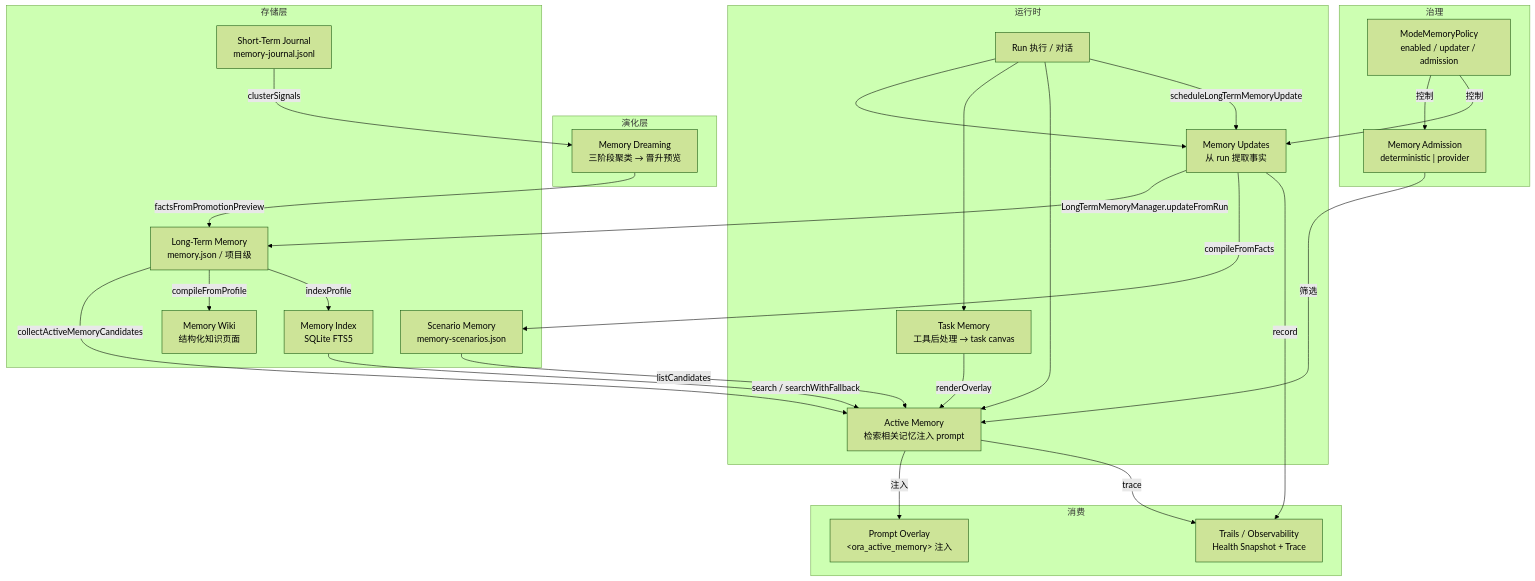
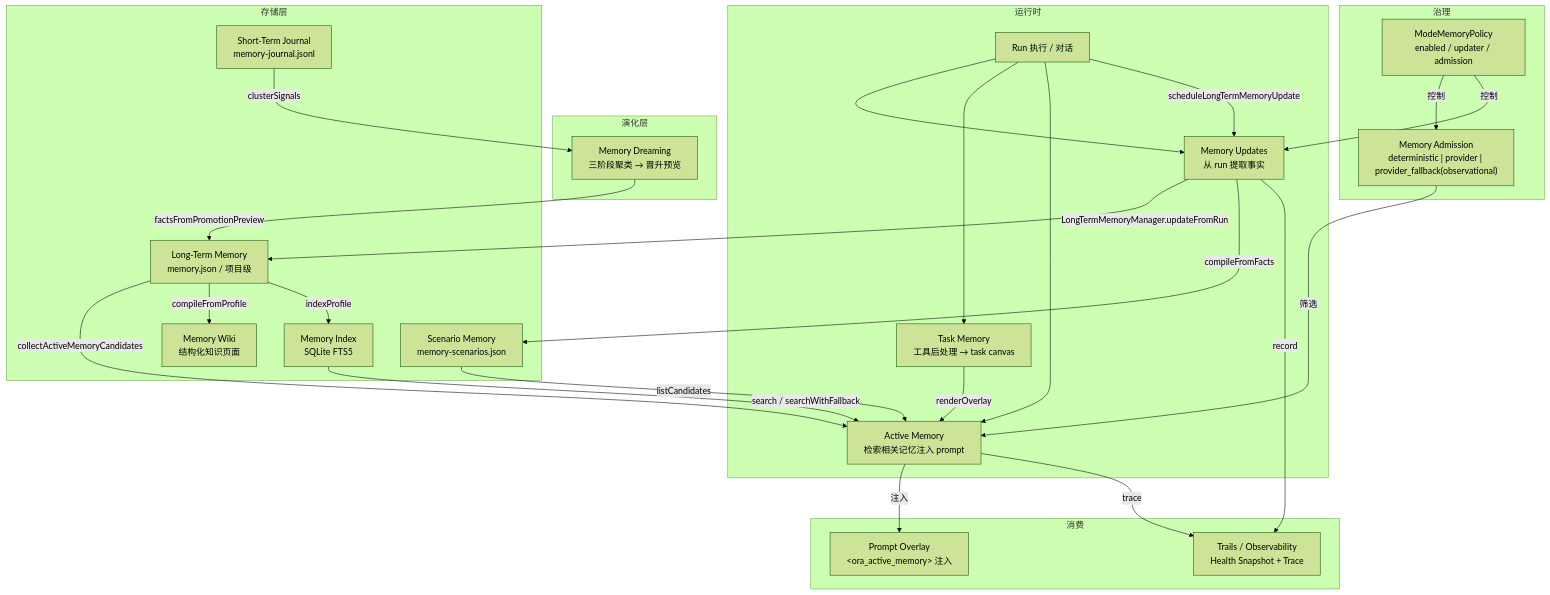
Before and after one commit to cemeworm/Ora: the diagram in docs/ora-memory-system.md, drawn with Mermaid (forest theme). The commit also changed other lines of this file and 29 other files, not shown here.

````diff
--- a/docs/ora-memory-system.md
+++ b/docs/ora-memory-system.md
@@ -45,48 +45,48 @@
 ```mermaid
 flowchart TD
     subgraph 运行时
         RUN["Run 执行 / 对话"] --> UPDATE["Memory Updates<br/>从 run 提取事实"]
         RUN --> TASK["Task Memory<br/>工具后处理 → task canvas"]
         RUN --> ACTIVE["Active Memory<br/>检索相关记忆注入 prompt"]
     end
 
     subgraph 存储层
         LTM["Long-Term Memory<br/>memory.json / 项目级"]
         JOURNAL["Short-Term Journal<br/>memory-journal.jsonl"]
         SCENARIO["Scenario Memory<br/>memory-scenarios.json"]
         INDEX["Memory Index<br/>SQLite FTS5"]
         WIKI["Memory Wiki<br/>结构化知识页面"]
     end
 
     subgraph 演化层
         DREAM["Memory Dreaming<br/>三阶段聚类 → 晋升预览"]
     end
 
     subgraph 治理
         POLICY["ModeMemoryPolicy<br/>enabled / updater / admission"]
-        ADMISSION["Memory Admission<br/>deterministic | provider"]
+        ADMISSION["Memory Admission<br/>deterministic | provider | provider_fallback(observational)"]
     end
 
     subgraph 消费
         PROMPT["Prompt Overlay<br/>&lt;ora_active_memory&gt; 注入"]
         TRAILS["Trails / Observability<br/>Health Snapshot + Trace"]
     end
 
     RUN -->|"scheduleLongTermMemoryUpdate"| UPDATE
     UPDATE -->|"LongTermMemoryManager.updateFromRun"| LTM
     UPDATE -->|"compileFromFacts"| SCENARIO
     LTM -->|"collectActiveMemoryCandidates"| ACTIVE
     SCENARIO -->|"listCandidates"| ACTIVE
     TASK -->|"renderOverlay"| ACTIVE
     JOURNAL -->|"clusterSignals"| DREAM
     DREAM -->|"factsFromPromotionPreview"| LTM
     LTM -->|"compileFromProfile"| WIKI
     LTM -->|"indexProfile"| INDEX
     INDEX -->|"search / searchWithFallback"| ACTIVE
     POLICY -->|"控制"| ADMISSION
     POLICY -->|"控制"| UPDATE
     ADMISSION -->|"筛选"| ACTIVE
     ACTIVE -->|"注入"| PROMPT
     ACTIVE -->|"trace"| TRAILS
     UPDATE -->|"record"| TRAILS
 ```
````
